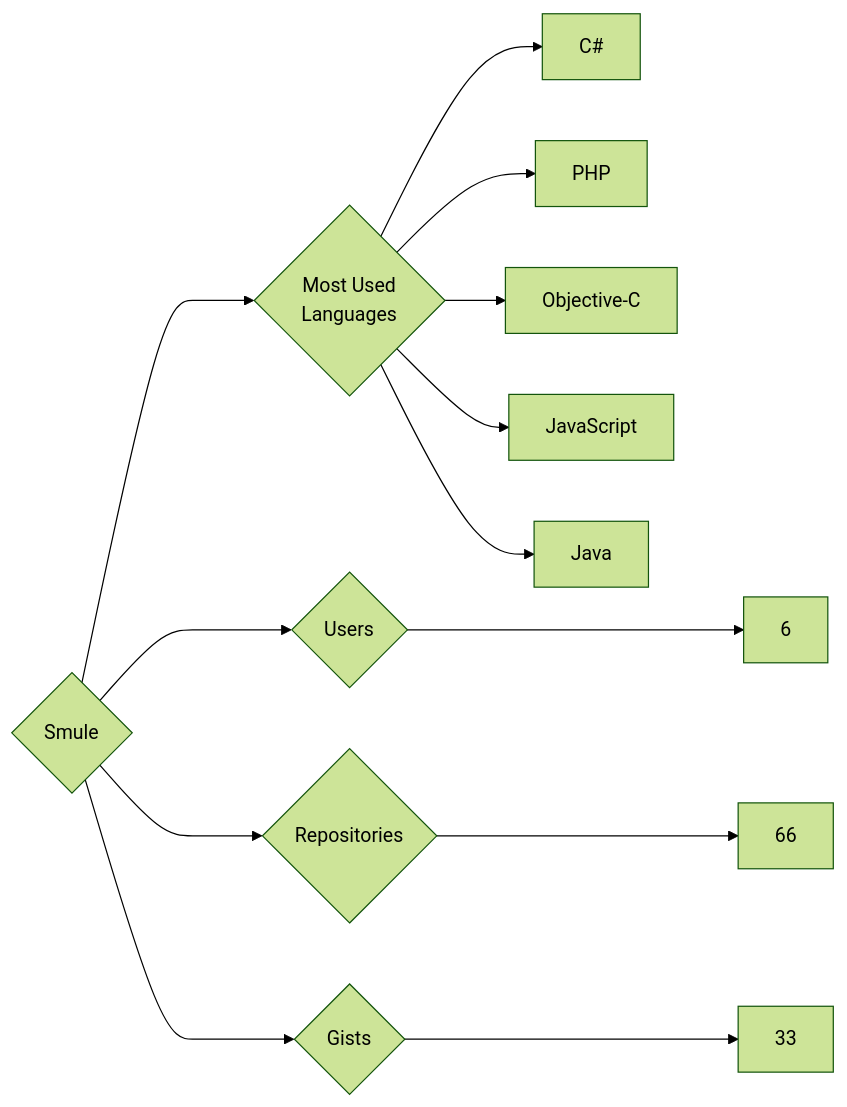
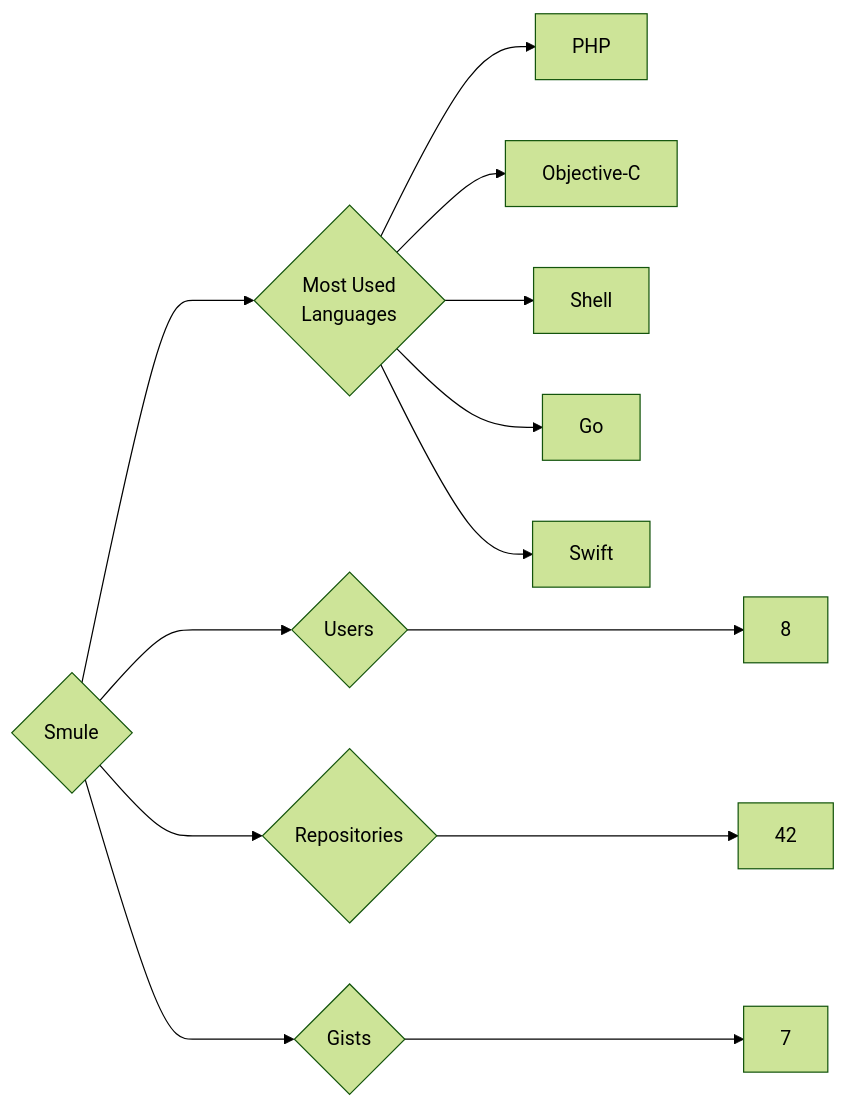
The diagram in targets/Smule/README.md (trickest/insiders), drawn with Mermaid (forest theme) before and after one commit. The commit also changed 953 other files, not shown here.

````diff
--- a/targets/Smule/README.md
+++ b/targets/Smule/README.md
@@ -3,13 +3,13 @@
 ```mermaid
 graph LR
 COMPANY_NAME{Smule}
-COMPANY_NAME ---> U{Users} ---> UN[6]
-COMPANY_NAME ---> R{Repositories} ---> RN[66]
-COMPANY_NAME ---> G{Gists} ---> GN[33]
+COMPANY_NAME ---> U{Users} ---> UN[8]
+COMPANY_NAME ---> R{Repositories} ---> RN[42]
+COMPANY_NAME ---> G{Gists} ---> GN[7]
 COMPANY_NAME ---> ML{Most Used<br>Languages}
-ML --> C#[C#]
 ML --> PHP[PHP]
 ML --> Objective-C[Objective-C]
-ML --> JavaScript[JavaScript]
-ML --> Java[Java]
+ML --> Shell[Shell]
+ML --> Go[Go]
+ML --> Swift[Swift]
 ```
````
